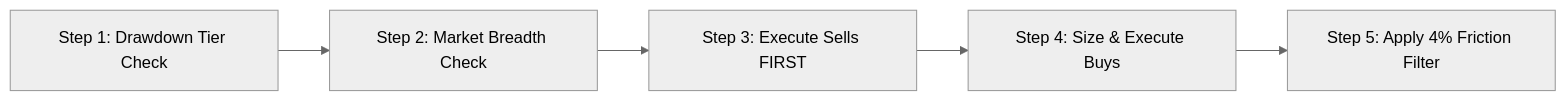
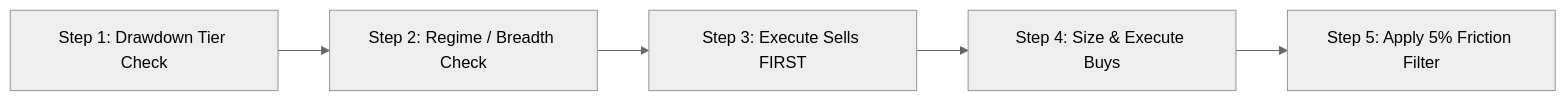
One commit to stonewell/quant_research changed the second of 2 diagrams in docs/ruleset/chan_risk_managed_blend/rules.md. Above: the diagram before and after it, drawn with Mermaid (neutral theme). The commit also changed other lines of this file and 15 other files, not shown here.

````diff
--- a/docs/ruleset/chan_risk_managed_blend/rules.md
+++ b/docs/ruleset/chan_risk_managed_blend/rules.md
@@ -48,7 +33,7 @@
 ```mermaid
 flowchart LR
-    T1["Step 1: Drawdown Tier Check"] --> T2["Step 2: Market Breadth Check"]
+    T1["Step 1: Drawdown Tier Check"] --> T2["Step 2: Regime / Breadth Check"]
     T2 --> T3["Step 3: Execute Sells FIRST"]
     T3 --> T4["Step 4: Size & Execute Buys"]
-    T4 --> T5["Step 5: Apply 4% Friction Filter"]
+    T4 --> T5["Step 5: Apply 5% Friction Filter"]
 ```
````
